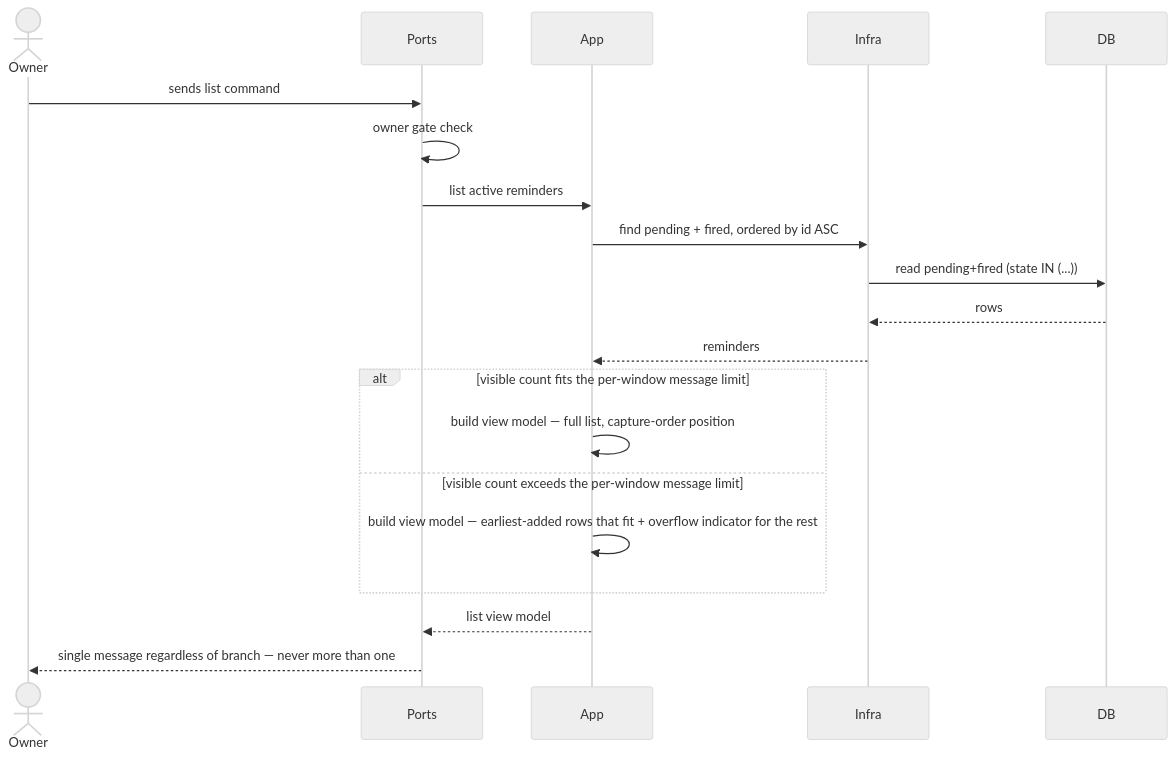
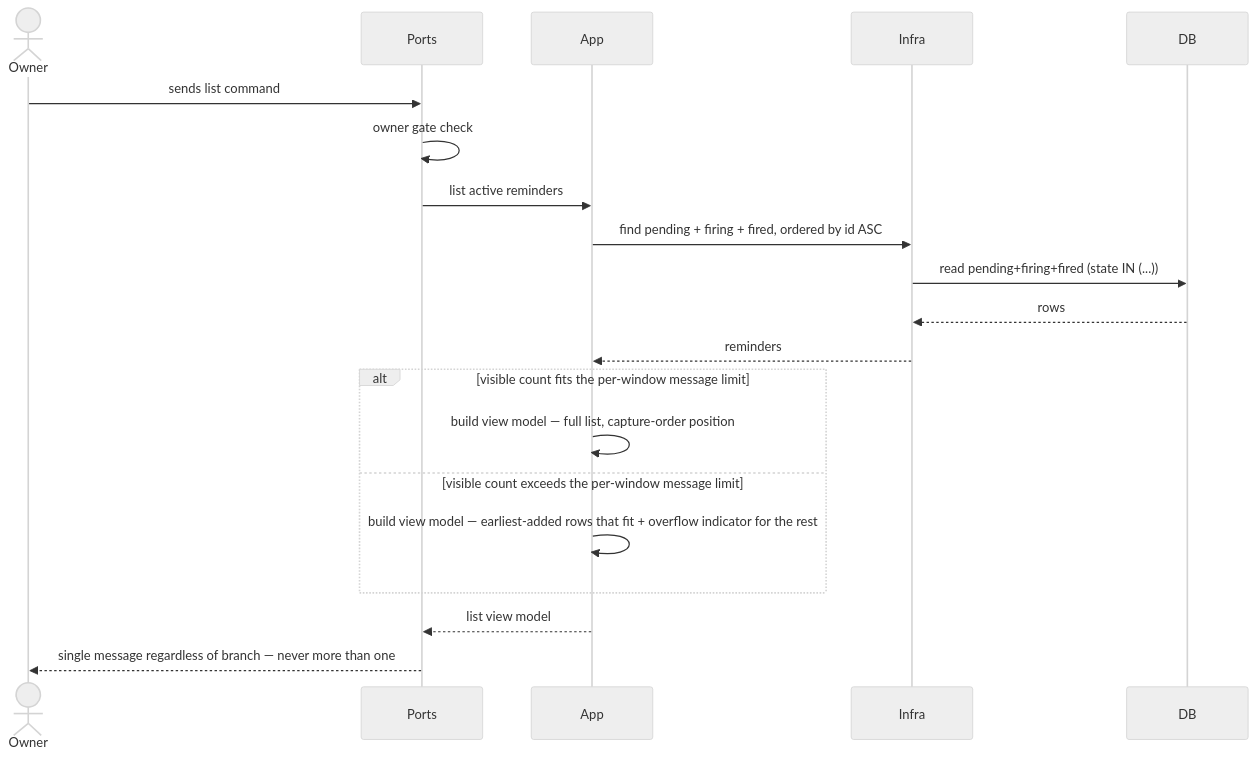
The sixth of 8 diagrams in docs/features/keep-fired-reminders-visible/sad.md (mpodaniev/mp-tg-reminder), drawn with Mermaid (neutral theme) before and after one commit. The commit also changed other lines of this file and 24 other files, not shown here.

````diff
--- a/docs/features/keep-fired-reminders-visible/sad.md
+++ b/docs/features/keep-fired-reminders-visible/sad.md
@@ -209,22 +209,22 @@
 ```mermaid
 sequenceDiagram
     actor Owner
     participant Ports
     participant App
     participant Infra
     participant DB
     Owner->>Ports: sends list command
     Ports->>Ports: owner gate check
     Ports->>App: list active reminders
-    App->>Infra: find pending + fired, ordered by id ASC
-    Infra->>DB: read pending+fired (state IN (...))
+    App->>Infra: find pending + firing + fired, ordered by id ASC
+    Infra->>DB: read pending+firing+fired (state IN (...))
     DB-->>Infra: rows
     Infra-->>App: reminders
     alt visible count fits the per-window message limit
         App->>App: build view model — full list, capture-order position
     else visible count exceeds the per-window message limit
         App->>App: build view model — earliest-added rows that fit + overflow indicator for the rest
     end
     App-->>Ports: list view model
     Ports-->>Owner: single message regardless of branch — never more than one
 ```
````
